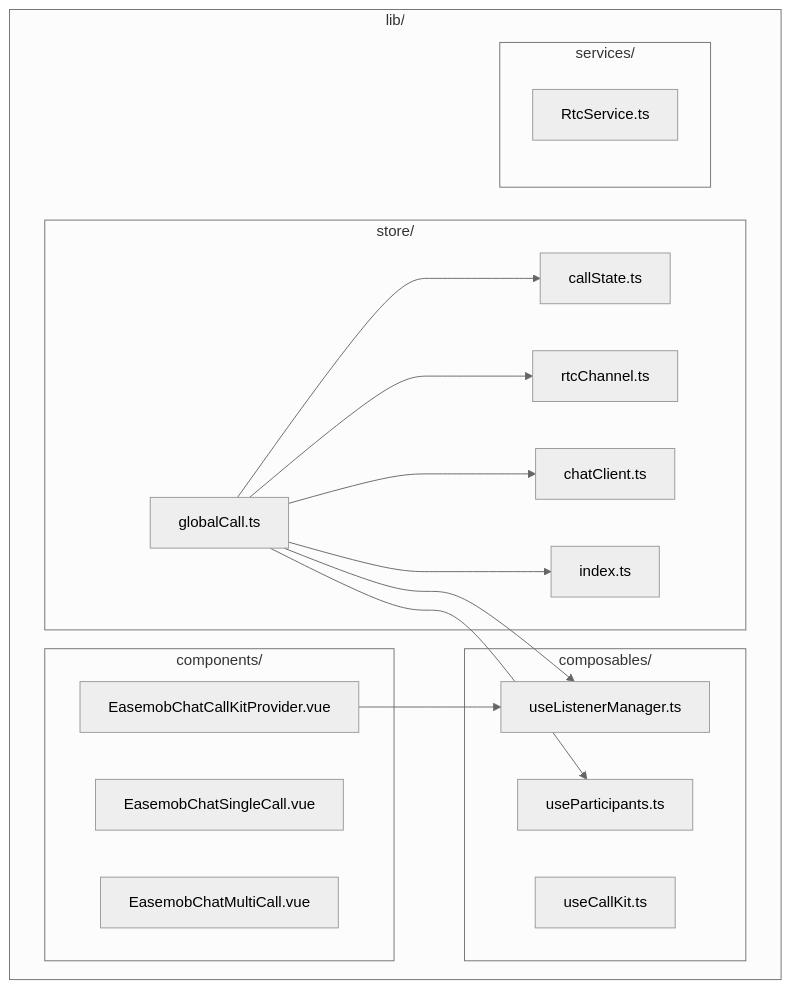
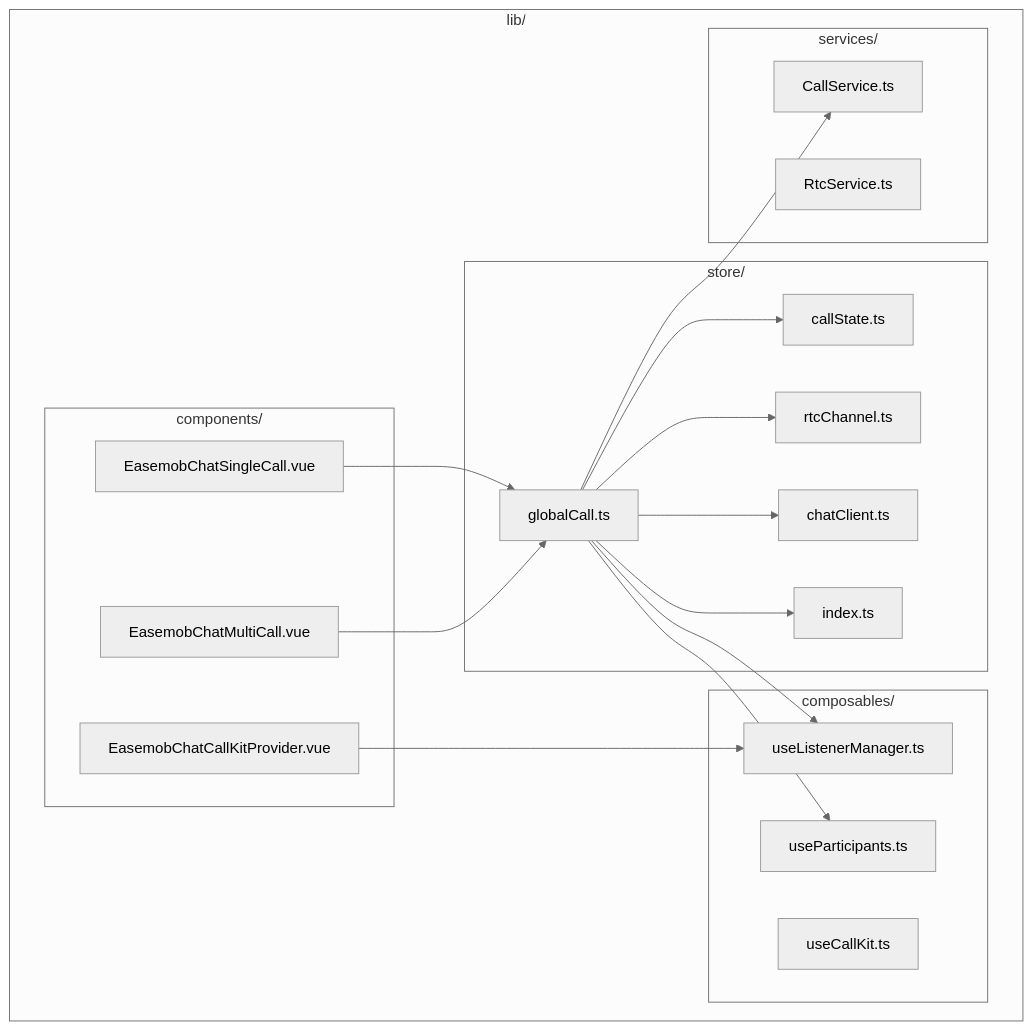
Before and after one commit to Easemob-Community/easemob-uikit-callkit-vue3: the first of 10 diagrams in .qoder/repowiki/zh/content/状态管理/GlobalCallStore 全局通话状态.md, drawn with Mermaid (neutral theme). The commit also changed other lines of this file and 40 other files, not shown here.

````diff
--- a/.qoder/repowiki/zh/content/状态管理/GlobalCallStore 全局通话状态.md
+++ b/.qoder/repowiki/zh/content/状态管理/GlobalCallStore 全局通话状态.md
@@ -35,27 +47,31 @@
 ```mermaid
 graph TB
 subgraph "lib/"
 subgraph "store/"
 A[globalCall.ts] --> B[callState.ts]
 A --> C[rtcChannel.ts]
 A --> D[chatClient.ts]
 A --> E[index.ts]
 end
 subgraph "composables/"
 F[useListenerManager.ts]
 G[useParticipants.ts]
 H[useCallKit.ts]
 end
 subgraph "components/"
 I[EasemobChatCallKitProvider.vue]
 J[EasemobChatSingleCall.vue]
 K[EasemobChatMultiCall.vue]
 end
 subgraph "services/"
-L[RtcService.ts]
+L[CallService.ts]
+M[RtcService.ts]
 end
 end
 A --> F
 A --> G
 I --> F
+A --> L
+J --> A
+K --> A
 ```
````
